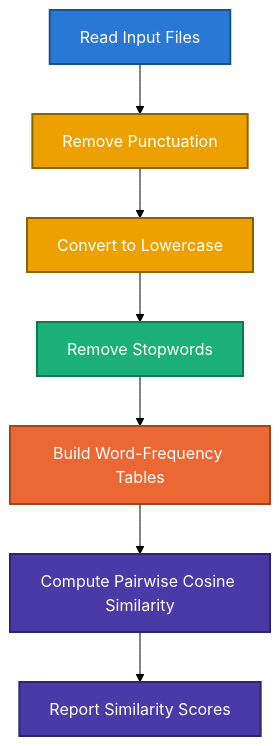
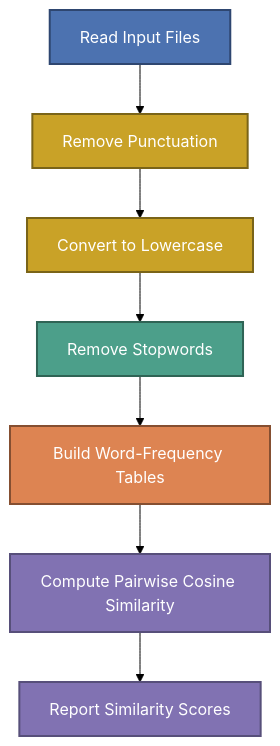
The diagram in README.md (mina-hill/Plagiarism-Checker), drawn with Mermaid (forest theme) before and after one commit. The commit also changed other lines of this file and 2 other files, not shown here.

Commit message:
Switch to a more muted, professional color palette

````diff
--- a/README.md
+++ b/README.md
@@ -34,21 +34,21 @@
 ```mermaid
 flowchart TD
     A[Read Input Files] --> B[Remove Punctuation]
     B --> C[Convert to Lowercase]
     C --> D[Remove Stopwords]
     D --> E[Build Word-Frequency Tables]
     E --> F[Compute Pairwise Cosine Similarity]
     F --> G[Report Similarity Scores]
 
-    classDef stage1 fill:#2a78d6,stroke:#184f95,stroke-width:2px,color:#ffffff
-    classDef stage2 fill:#eda100,stroke:#8a6200,stroke-width:2px,color:#ffffff
-    classDef stage3 fill:#1baf7a,stroke:#0f7a52,stroke-width:2px,color:#ffffff
-    classDef stage4 fill:#eb6834,stroke:#a5431a,stroke-width:2px,color:#ffffff
-    classDef stage5 fill:#4a3aa7,stroke:#2f2470,stroke-width:2px,color:#ffffff
+    classDef stage1 fill:#4C72B0,stroke:#2E4670,stroke-width:2px,color:#ffffff
+    classDef stage2 fill:#C9A227,stroke:#7A6418,stroke-width:2px,color:#ffffff
+    classDef stage3 fill:#4C9F8A,stroke:#2F6455,stroke-width:2px,color:#ffffff
+    classDef stage4 fill:#DD8452,stroke:#854F31,stroke-width:2px,color:#ffffff
+    classDef stage5 fill:#8172B2,stroke:#574F7A,stroke-width:2px,color:#ffffff
 
     class A stage1
     class B,C stage2
     class D stage3
     class E stage4
     class F,G stage5
 ```
````
